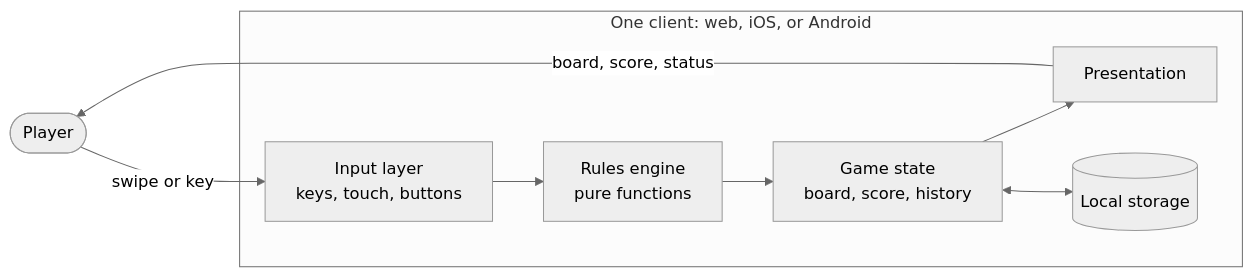
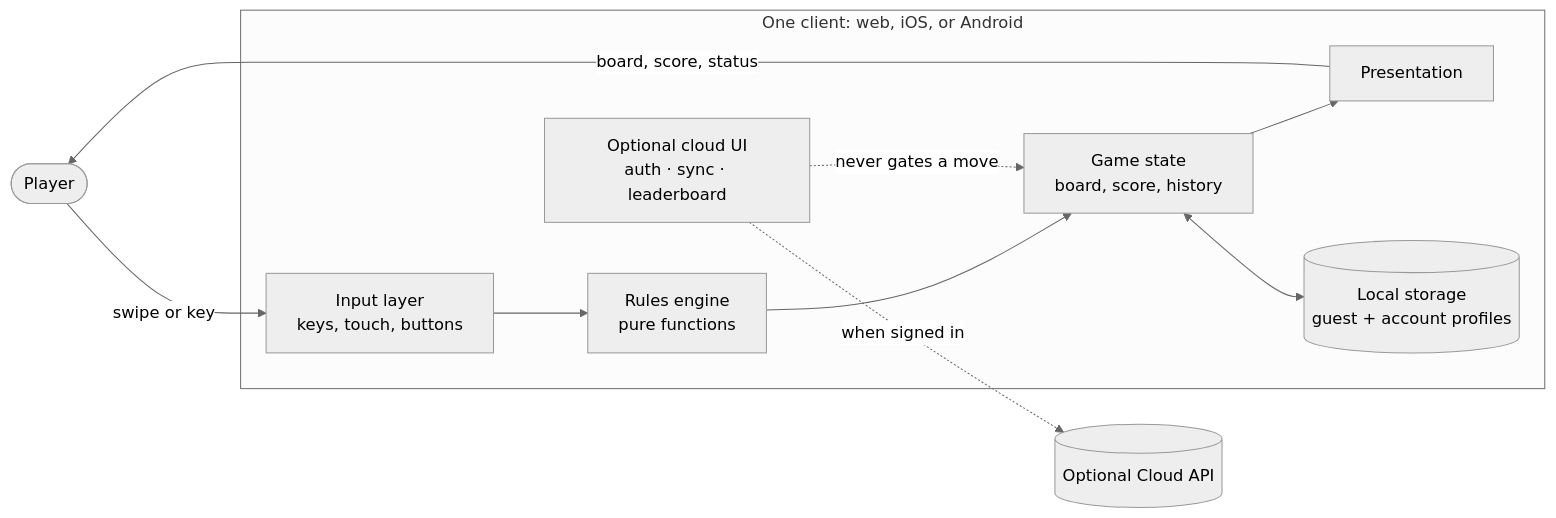
Before and after one commit to hoangsonww/2048-Game: the first of 47 diagrams in ARCHITECTURE.md, drawn with Mermaid (neutral theme). The commit also changed other lines of this file, not shown here.

First line of the commit message:
Expand ARCHITECTURE.md into a full system reference.

````diff
--- a/ARCHITECTURE.md
+++ b/ARCHITECTURE.md
@@ -28,19 +41,24 @@
 ```mermaid
 flowchart LR
     Player([Player])
     subgraph Client[One client: web, iOS, or Android]
         Input[Input layer<br/>keys, touch, buttons]
         Engine[Rules engine<br/>pure functions]
         State[Game state<br/>board, score, history]
         View[Presentation]
-        Store[(Local storage)]
+        Store[(Local storage<br/>guest + account profiles)]
+        CloudUI[Optional cloud UI<br/>auth · sync · leaderboard]
 
         Input --> Engine
         Engine --> State
         State --> View
         State <--> Store
+        CloudUI -.->|never gates a move| State
     end
+
+    API[(Optional Cloud API)]
+    CloudUI -.->|when signed in| API
 
     Player -->|swipe or key| Input
     View -->|board, score, status| Player
 ```
````
